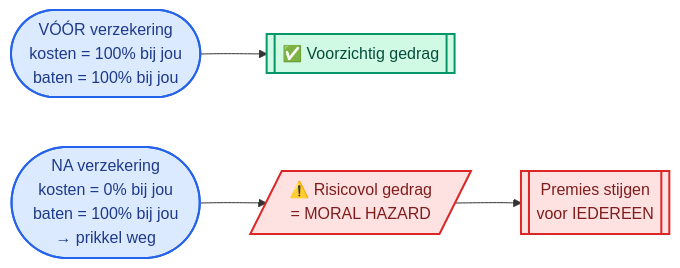
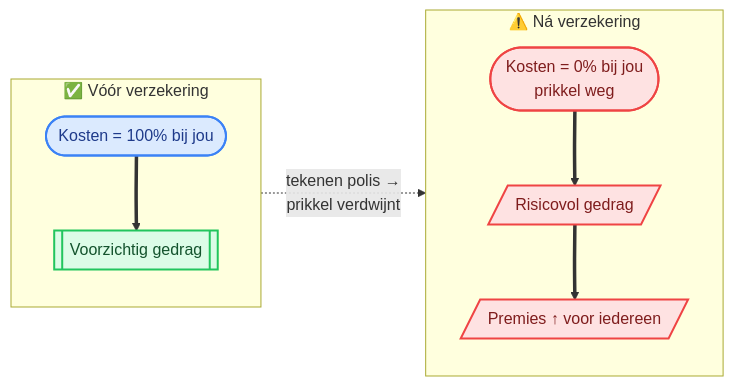
Diagram 16 of 23 in Volledige_Samenvatting_H1_H2.md (ateknol/HAVO-Economie-examen), drawn with Mermaid before and after one commit. The commit also changed other lines of this file and 6 other files, not shown here.

````diff
--- a/Volledige_Samenvatting_H1_H2.md
+++ b/Volledige_Samenvatting_H1_H2.md
@@ -1103,20 +1138,19 @@
 ```mermaid
 flowchart LR
-    VZ(["VÓÓR verzekering<br/>kosten = 100% bij jou<br/>baten = 100% bij jou"])
-    VG[["✅ Voorzichtig gedrag"]]
-    NA(["NA verzekering<br/>kosten = 0% bij jou<br/>baten = 100% bij jou<br/>→ prikkel weg"])
-    RG[/"⚠️ Risicovol gedrag<br/>= MORAL HAZARD"/]
-    KOS[["Premies stijgen<br/>voor IEDEREEN"]]
-
-    VZ --> VG
-    NA --> RG --> KOS
-
-    classDef proces fill:#dbeafe,stroke:#2563eb,stroke-width:2px,color:#1e3a8a
-    classDef goed fill:#d1fae5,stroke:#059669,stroke-width:2px,color:#064e3b
-    classDef fout fill:#fee2e2,stroke:#dc2626,stroke-width:2px,color:#7f1d1d
-
-    class VZ,NA proces
-    class VG goed
-    class RG fout
-    class KOS fout
+    subgraph MH_Voor["✅ Vóór verzekering"]
+        direction TB
+        MH_V(["Kosten = 100% bij jou"]) ==> MH_VG[["Voorzichtig gedrag"]]
+    end
+    subgraph MH_Na["⚠️ Ná verzekering"]
+        direction TB
+        MH_N(["Kosten = 0% bij jou<br/>prikkel weg"]) ==> MH_NG[/"Risicovol gedrag"/]
+        MH_NG ==> MH_NK[/"Premies ↑ voor iedereen"/]
+    end
+    MH_V -.->|"tekenen polis →<br/>prikkel verdwijnt"| MH_N
+    classDef succes fill:#dcfce7,stroke:#22c55e,stroke-width:2px,color:#14532d
+    classDef falen fill:#fee2e2,stroke:#ef4444,stroke-width:2px,color:#7f1d1d
+    classDef markt fill:#dbeafe,stroke:#3b82f6,stroke-width:2px,color:#1e3a8a
+    class MH_V markt
+    class MH_VG succes
+    class MH_N,MH_NG,MH_NK falen
 ```
````
